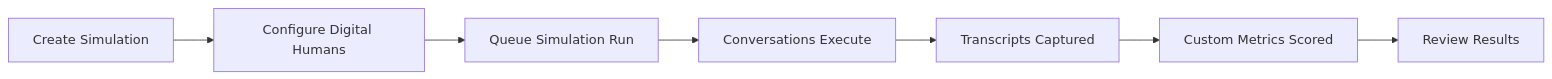
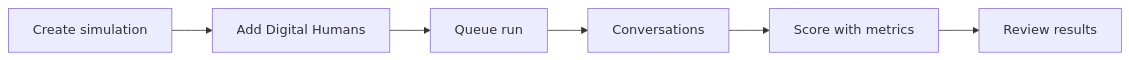
The diagram in test/simulations/overview.mdx (bluejay-ai-dev/docs), drawn with Mermaid before and after one commit. The commit also changed other lines of this file and 25 other files, not shown here.

````diff
--- a/test/simulations/overview.mdx
+++ b/test/simulations/overview.mdx
@@ -20,9 +10,8 @@
 ```mermaid
 flowchart LR
-    Create[Create Simulation] --> Config[Configure Digital Humans]
-    Config --> Queue[Queue Simulation Run]
-    Queue --> Execute[Conversations Execute]
-    Execute --> Capture[Transcripts Captured]
-    Capture --> Score[Custom Metrics Scored]
-    Score --> Review[Review Results]
+    Create[Create simulation] --> DH[Add Digital Humans]
+    DH --> Run[Queue run]
+    Run --> Conv[Conversations]
+    Conv --> Score[Score with metrics]
+    Score --> Review[Review results]
 ```
````
